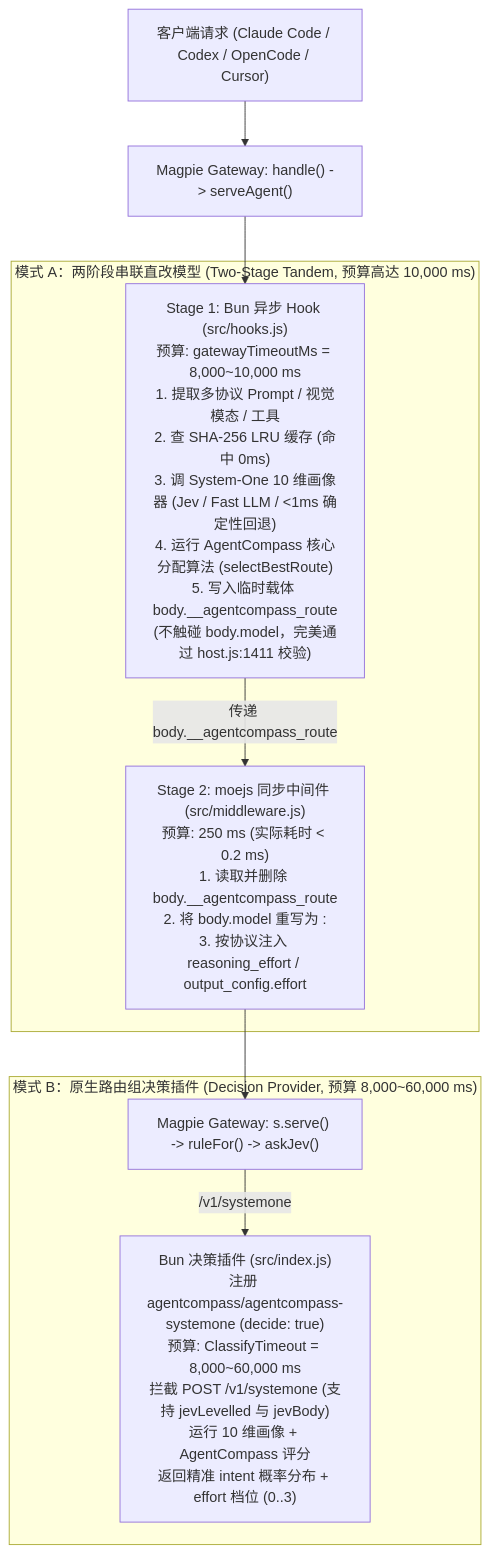
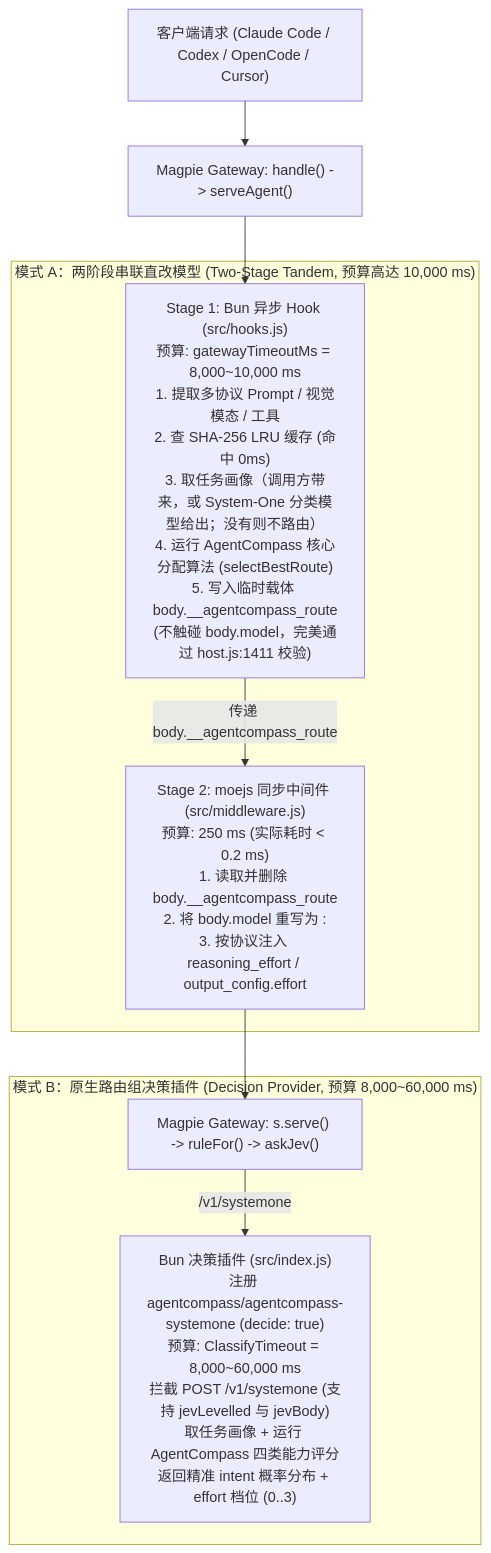
Before and after one commit to akiiwa-games/magpie-agentcompass-router: the diagram in docs/RESEARCH_AND_SCHEME.md, drawn with Mermaid. The commit also changed other lines of this file and 2 other files, not shown here.

````diff
--- a/docs/RESEARCH_AND_SCHEME.md
+++ b/docs/RESEARCH_AND_SCHEME.md
@@ -50,19 +53,19 @@
 ```mermaid
 flowchart TD
     Client["客户端请求 (Claude Code / Codex / OpenCode / Cursor)"] --> Handle["Magpie Gateway: handle() -> serveAgent()"]
     
     subgraph ModeA["模式 A：两阶段串联直改模型 (Two-Stage Tandem, 预算高达 10,000 ms)"]
-        Hook["Stage 1: Bun 异步 Hook (src/hooks.js)\n预算: gatewayTimeoutMs = 8,000~10,000 ms\n1. 提取多协议 Prompt / 视觉模态 / 工具\n2. 查 SHA-256 LRU 缓存 (命中 0ms)\n3. 调 System-One 10 维画像器 (Jev / Fast LLM / <1ms 确定性回退)\n4. 运行 AgentCompass 核心分配算法 (selectBestRoute)\n5. 写入临时载体 body.__agentcompass_route\n(不触碰 body.model，完美通过 host.js:1411 校验)"]
+        Hook["Stage 1: Bun 异步 Hook (src/hooks.js)\n预算: gatewayTimeoutMs = 8,000~10,000 ms\n1. 提取多协议 Prompt / 视觉模态 / 工具\n2. 查 SHA-256 LRU 缓存 (命中 0ms)\n3. 取任务画像（调用方带来，或 System-One 分类模型给出；没有则不路由）\n4. 运行 AgentCompass 核心分配算法 (selectBestRoute)\n5. 写入临时载体 body.__agentcompass_route\n(不触碰 body.model，完美通过 host.js:1411 校验)"]
         MW["Stage 2: moejs 同步中间件 (src/middleware.js)\n预算: 250 ms (实际耗时 < 0.2 ms)\n1. 读取并删除 body.__agentcompass_route\n2. 将 body.model 重写为 <targetModel>:<targetEffort>\n3. 按协议注入 reasoning_effort / output_config.effort"]
         Hook -->|"传递 body.__agentcompass_route"| MW
     end
 
     subgraph ModeB["模式 B：原生路由组决策插件 (Decision Provider, 预算 8,000~60,000 ms)"]
         Serve["Magpie Gateway: s.serve() -> ruleFor() -> askJev()"]
-        Decide["Bun 决策插件 (src/index.js)\n注册 agentcompass/agentcompass-systemone (decide: true)\n预算: ClassifyTimeout = 8,000~60,000 ms\n拦截 POST /v1/systemone (支持 jevLevelled 与 jevBody)\n运行 10 维画像 + AgentCompass 评分\n返回精准 intent 概率分布 + effort 档位 (0..3)"]
+        Decide["Bun 决策插件 (src/index.js)\n注册 agentcompass/agentcompass-systemone (decide: true)\n预算: ClassifyTimeout = 8,000~60,000 ms\n拦截 POST /v1/systemone (支持 jevLevelled 与 jevBody)\n取任务画像 + 运行 AgentCompass 四类能力评分\n返回精准 intent 概率分布 + effort 档位 (0..3)"]
         Serve -->|"/v1/systemone"| Decide
     end
 
     Handle --> Hook
     MW --> Serve
 ```
````
